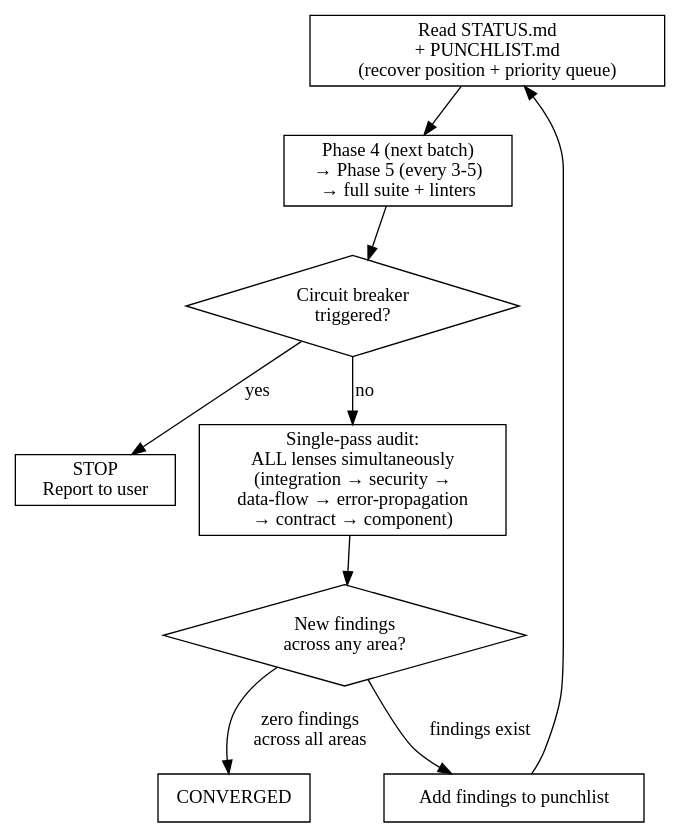
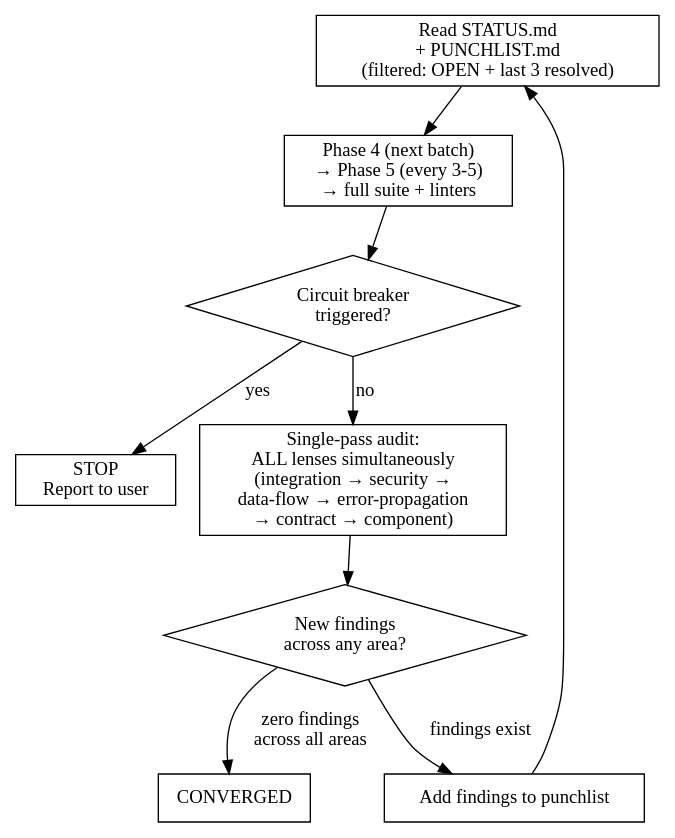
The diagram in skills/holtz/references/justine-skill.md (jbrjake/holtz), drawn with Graphviz before and after one commit. The commit also changed other lines of this file and 1 other file, not shown here.

Commit message:
feat(skill): use filtered punchlist reads in Phases 4-6 convergence loop

````diff
--- a/skills/holtz/references/justine-skill.md
+++ b/skills/holtz/references/justine-skill.md
@@ -281,24 +285,24 @@
 ```dot
 digraph {
   rankdir=TB
   node [shape=box]
 
-  recover [label="Read STATUS.md\n+ PUNCHLIST.md\n(recover position + priority queue)"]
+  recover [label="Read STATUS.md\n+ PUNCHLIST.md\n(filtered: OPEN + last 3 resolved)"]
   fix_loop [label="Phase 4 (next batch)\n→ Phase 5 (every 3-5)\n→ full suite + linters"]
   breaker [label="Circuit breaker\ntriggered?" shape=diamond]
   stop [label="STOP\nReport to user"]
   scan [label="Single-pass audit:\nALL lenses simultaneously\n(integration → security →\ndata-flow → error-propagation\n→ contract → component)"]
   found [label="New findings\nacross any area?" shape=diamond]
   converged [label="CONVERGED"]
   add [label="Add findings to punchlist"]
 
   recover -> fix_loop
   fix_loop -> breaker
   breaker -> stop [label="yes"]
   breaker -> scan [label="no"]
   scan -> found
   found -> converged [label="zero findings\nacross all areas"]
   found -> add [label="findings exist"]
   add -> recover
 }
 ```
````
